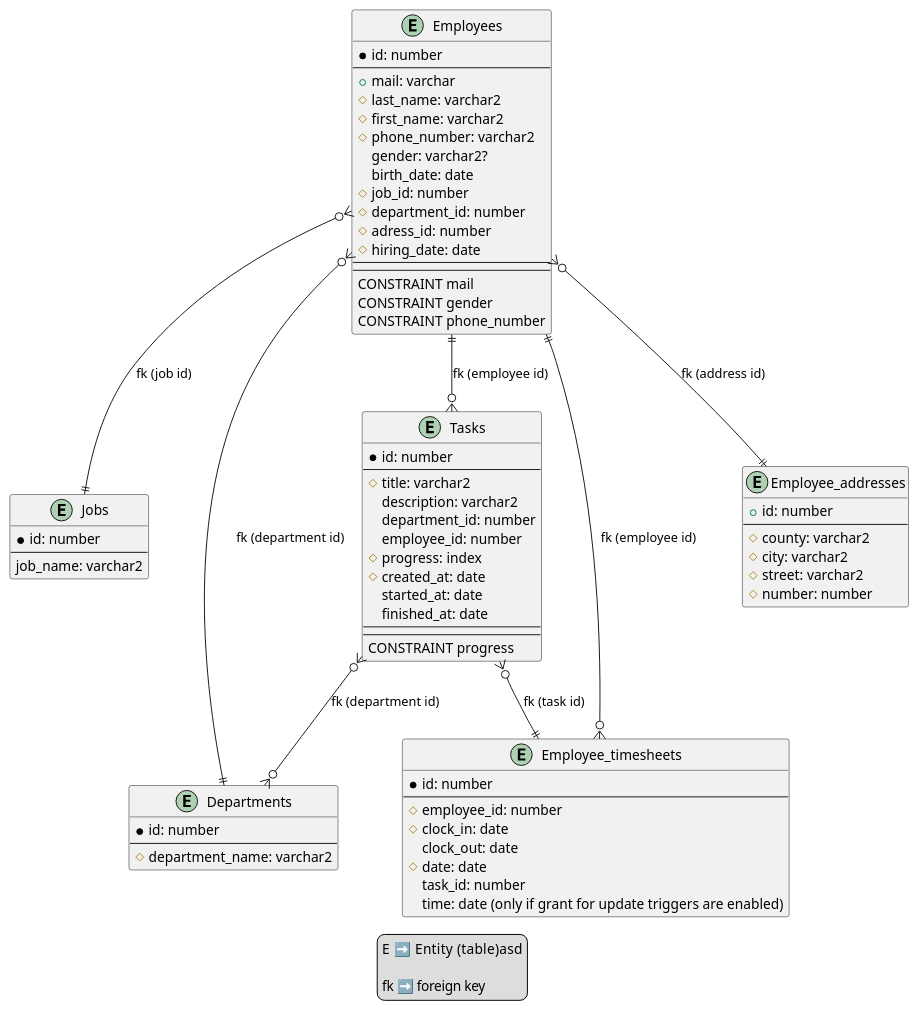
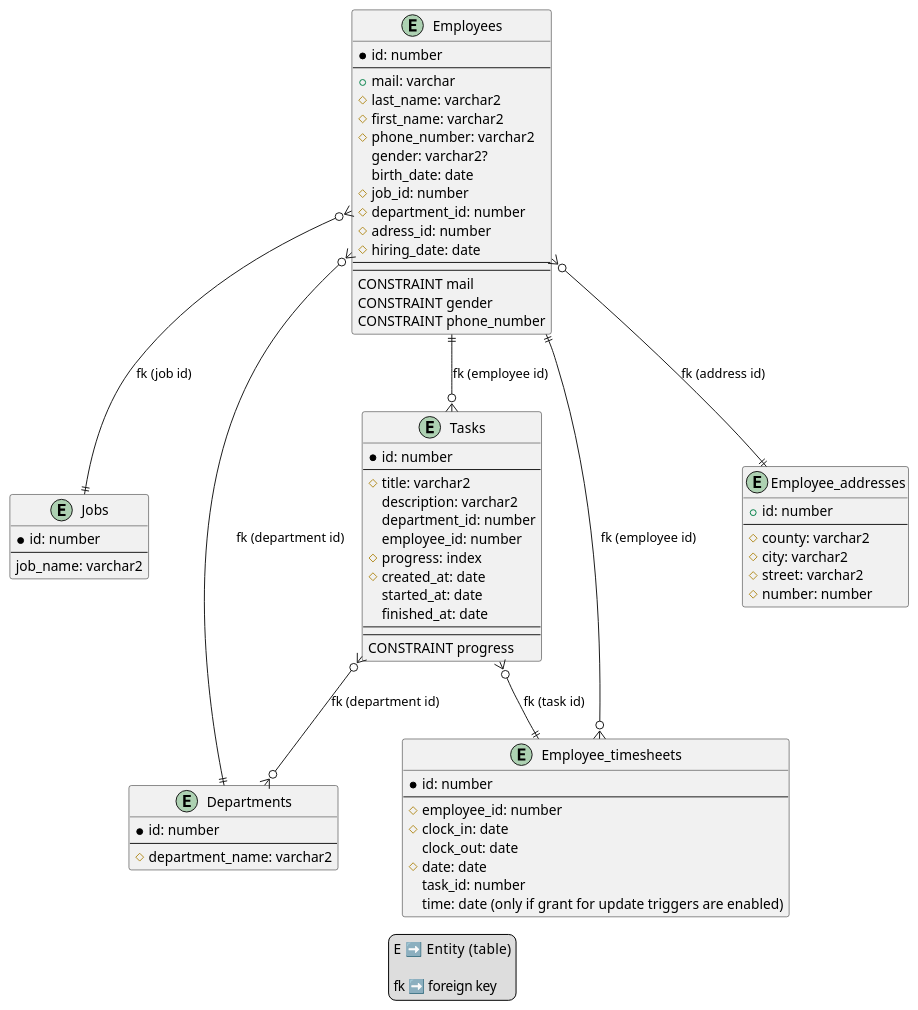
Before and after one commit to BalteiVasile/db-auto-service-project: the diagram in diagrams/diagram.puml, drawn with PlantUML.

Commit message:
[Diagrams] Fix typing error puml

```diff
--- a/diagrams/diagram.puml
+++ b/diagrams/diagram.puml
@@ -1,91 +1,91 @@
 @startuml auto_service
 
 entity Employees
 {
   *id: number
   --
   +mail: varchar
   #last_name: varchar2
   #first_name: varchar2
   #phone_number: varchar2
   gender: varchar2?
   birth_date: date
   #job_id: number
   #department_id: number
   #adress_id: number
   #hiring_date: date
   --
   --
   CONSTRAINT mail
   CONSTRAINT gender
   CONSTRAINT phone_number
 }
 
 entity Jobs
 {
   *id: number
   --
   job_name: varchar2
 }
 
 entity Departments
 {
   *id: number
   --
   #department_name: varchar2 
 }
 
 entity Tasks
 {
   *id: number
   --
   #title: varchar2
   description: varchar2
   department_id: number
   employee_id: number
   #progress: index
   #created_at: date
   started_at: date
   finished_at: date
   --
   --
   CONSTRAINT progress
 }
 
 entity Employee_timesheets
 {
   *id: number
   --
   #employee_id: number
   #clock_in: date
   clock_out: date
   #date: date
   task_id: number
   time: date (only if grant for update triggers are enabled)
 }
 
 entity Employee_addresses
 {
   +id: number
   --
   #county: varchar2
   #city: varchar2
   #street: varchar2
   #number: number
 }
 
 Employees }o--|| Jobs: "fk (job id)"
 Employees }o--|| Employee_addresses: "fk (address id)"
 Employees }o--|| Departments: "fk (department id)"
 Employees ||--o{ Employee_timesheets: "fk (employee id)"
 Employees ||--o{ Tasks: "fk (employee id)"
 Tasks }o--o{ Departments: "fk (department id)"
 Tasks }o--|| Employee_timesheets: "fk (task id)"
 
 legend
-  E    ➡️ Entity (table)asd
+  E    ➡️ Entity (table)
 
   fk ➡️ foreign key
 endlegend
 
 @enduml
```
